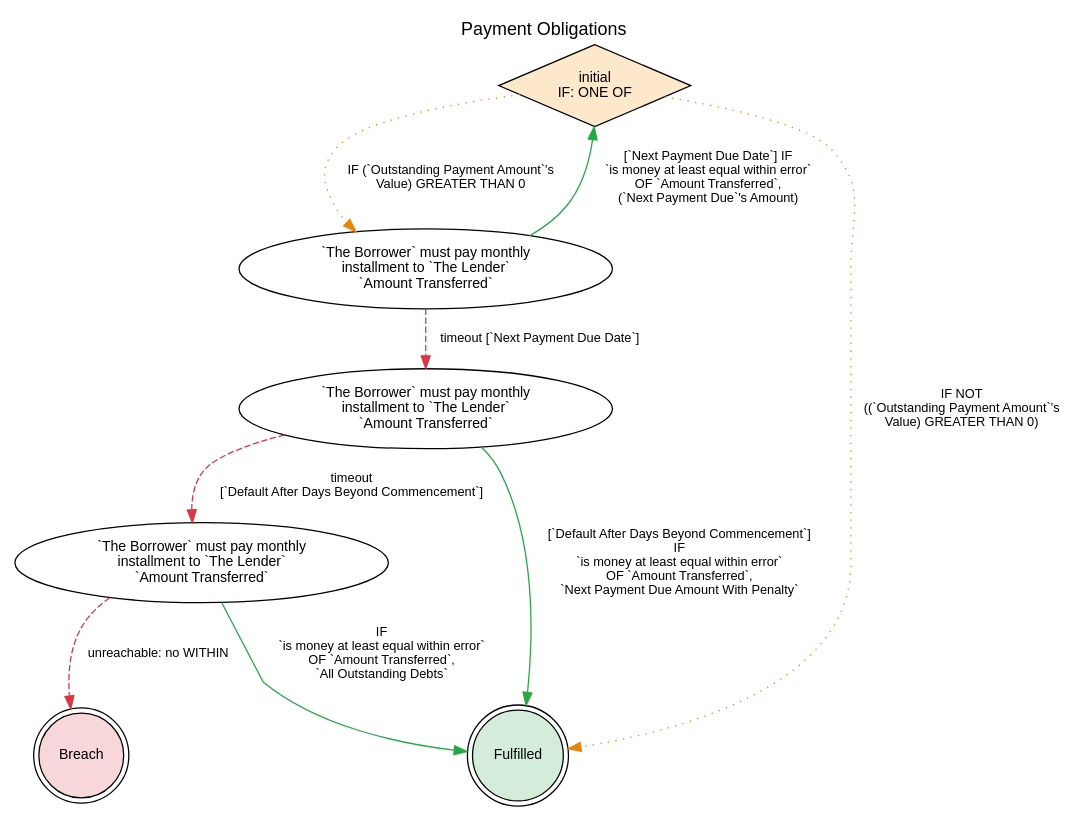
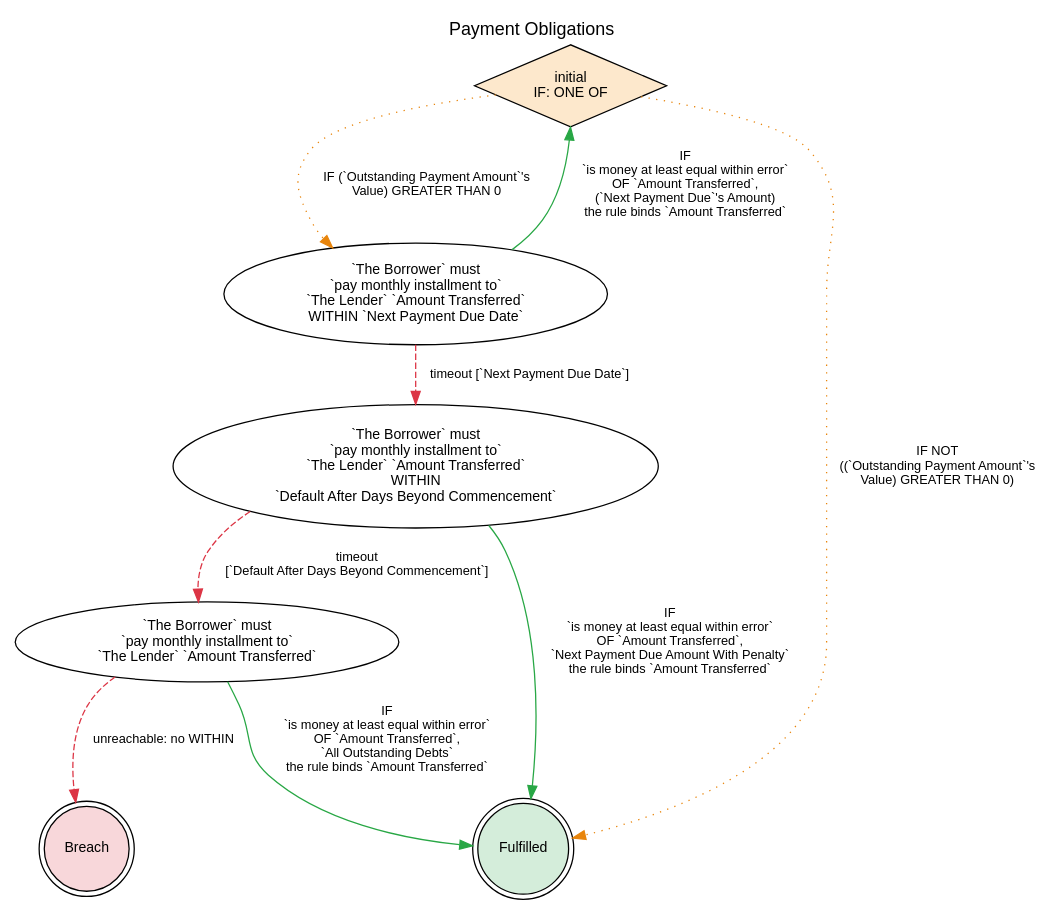
The diagram in etc/lts-reader-proxy/promissory-note/B.dot (legalese/l4-ide), drawn with Graphviz before and after one commit. The commit also changed 5 other files, not shown here.

```diff
--- a/etc/lts-reader-proxy/promissory-note/B.dot
+++ b/etc/lts-reader-proxy/promissory-note/B.dot
@@ -1,65 +1,65 @@
 digraph {
     graph [rankdir=TB
           ,label="Payment Obligations"
           ,labelloc=t
           ,fontname=Helvetica
           ,fontsize=14];
     node [fontname=Helvetica
          ,fontsize=11];
     edge [fontname=Helvetica
          ,fontsize=10];
     0 [label="initial\nIF: ONE OF"
       ,fillcolor=white
       ,style=filled
       ,shape=diamond
       ,fillcolor="#fde8cc"];
-    1 [label="`The Borrower` must pay monthly\ninstallment to `The Lender`\n`Amount Transferred`"
+    1 [label="`The Borrower` must\n`pay monthly installment to`\n`The Lender` `Amount Transferred`\nWITHIN `Next Payment Due Date`"
       ,fillcolor=white
       ,style=filled
       ,shape=ellipse
       ,fillcolor="#ffffff"];
-    2 [label="`The Borrower` must pay monthly\ninstallment to `The Lender`\n`Amount Transferred`"
+    2 [label="`The Borrower` must\n`pay monthly installment to`\n`The Lender` `Amount Transferred`\nWITHIN\n`Default After Days Beyond Commencement`"
       ,fillcolor=white
       ,style=filled
       ,shape=ellipse
       ,fillcolor="#ffffff"];
     3 [label=Fulfilled
       ,fillcolor=white
       ,style=filled
       ,shape=doublecircle
       ,fillcolor="#d4edda"];
-    4 [label="`The Borrower` must pay monthly\ninstallment to `The Lender`\n`Amount Transferred`"
+    4 [label="`The Borrower` must\n`pay monthly installment to`\n`The Lender` `Amount Transferred`"
       ,fillcolor=white
       ,style=filled
       ,shape=ellipse
       ,fillcolor="#ffffff"];
     5 [label=Breach
       ,fillcolor=white
       ,style=filled
       ,shape=doublecircle
       ,fillcolor="#f8d7da"];
     0 -> 1 [label="IF (`Outstanding Payment Amount`'s\nValue) GREATER THAN 0"
            ,color="#e8850c"
            ,style=dotted];
     0 -> 3 [label="IF NOT\n((`Outstanding Payment Amount`'s\nValue) GREATER THAN 0)"
            ,color="#e8850c"
            ,style=dotted];
-    1 -> 0 [label="[`Next Payment Due Date`] IF\n`is money at least equal within error`\nOF `Amount Transferred`,\n(`Next Payment Due`'s Amount)"
+    1 -> 0 [label="IF\n`is money at least equal within error`\nOF `Amount Transferred`,\n(`Next Payment Due`'s Amount)\nthe rule binds `Amount Transferred`"
            ,color="#28a745"
            ,style=solid];
     1 -> 2 [label="timeout [`Next Payment Due Date`]"
            ,color="#dc3545"
            ,style=dashed];
-    2 -> 3 [label="[`Default After Days Beyond Commencement`]\nIF\n`is money at least equal within error`\nOF `Amount Transferred`,\n`Next Payment Due Amount With Penalty`"
+    2 -> 3 [label="IF\n`is money at least equal within error`\nOF `Amount Transferred`,\n`Next Payment Due Amount With Penalty`\nthe rule binds `Amount Transferred`"
            ,color="#28a745"
            ,style=solid];
     2 -> 4 [label="timeout\n[`Default After Days Beyond Commencement`]"
            ,color="#dc3545"
            ,style=dashed];
-    4 -> 3 [label="IF\n`is money at least equal within error`\nOF `Amount Transferred`,\n`All Outstanding Debts`"
+    4 -> 3 [label="IF\n`is money at least equal within error`\nOF `Amount Transferred`,\n`All Outstanding Debts`\nthe rule binds `Amount Transferred`"
            ,color="#28a745"
            ,style=solid];
     4 -> 5 [label="unreachable: no WITHIN"
            ,color="#dc3545"
            ,style=dashed];
 }
```
